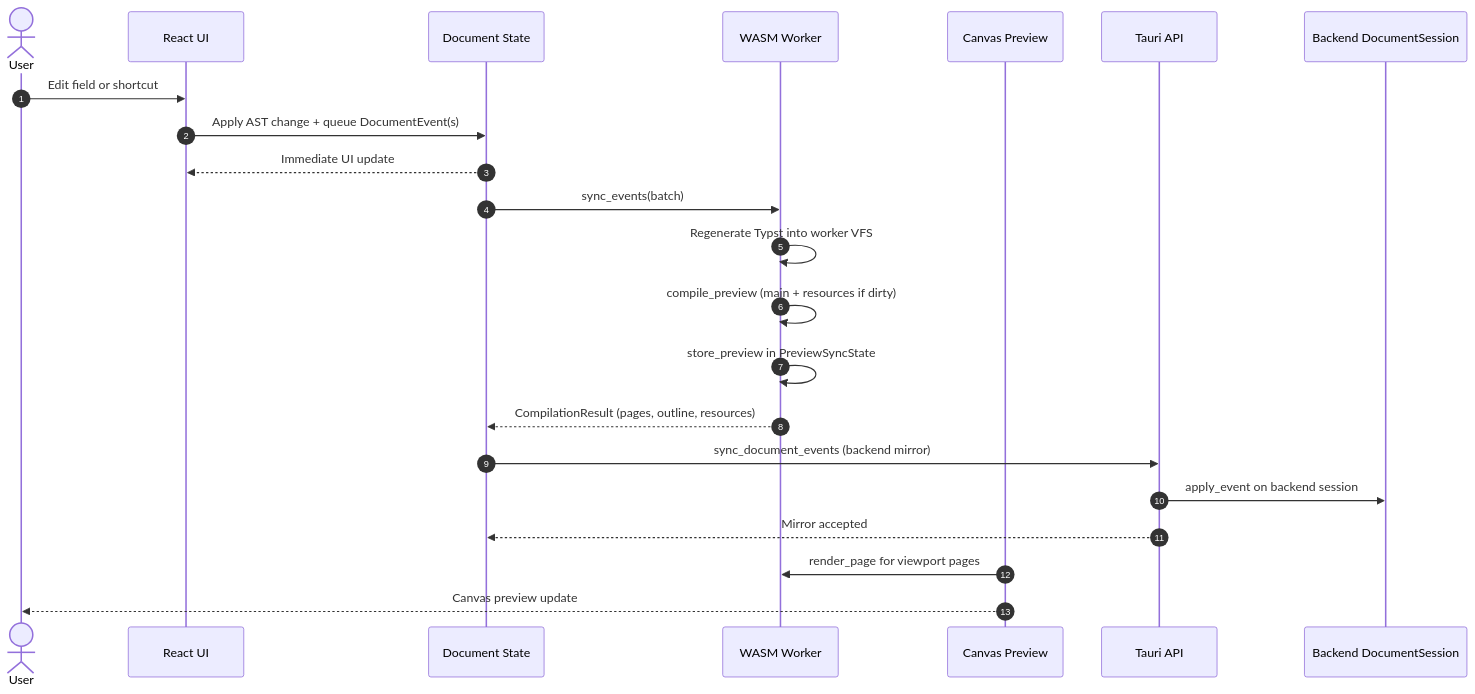
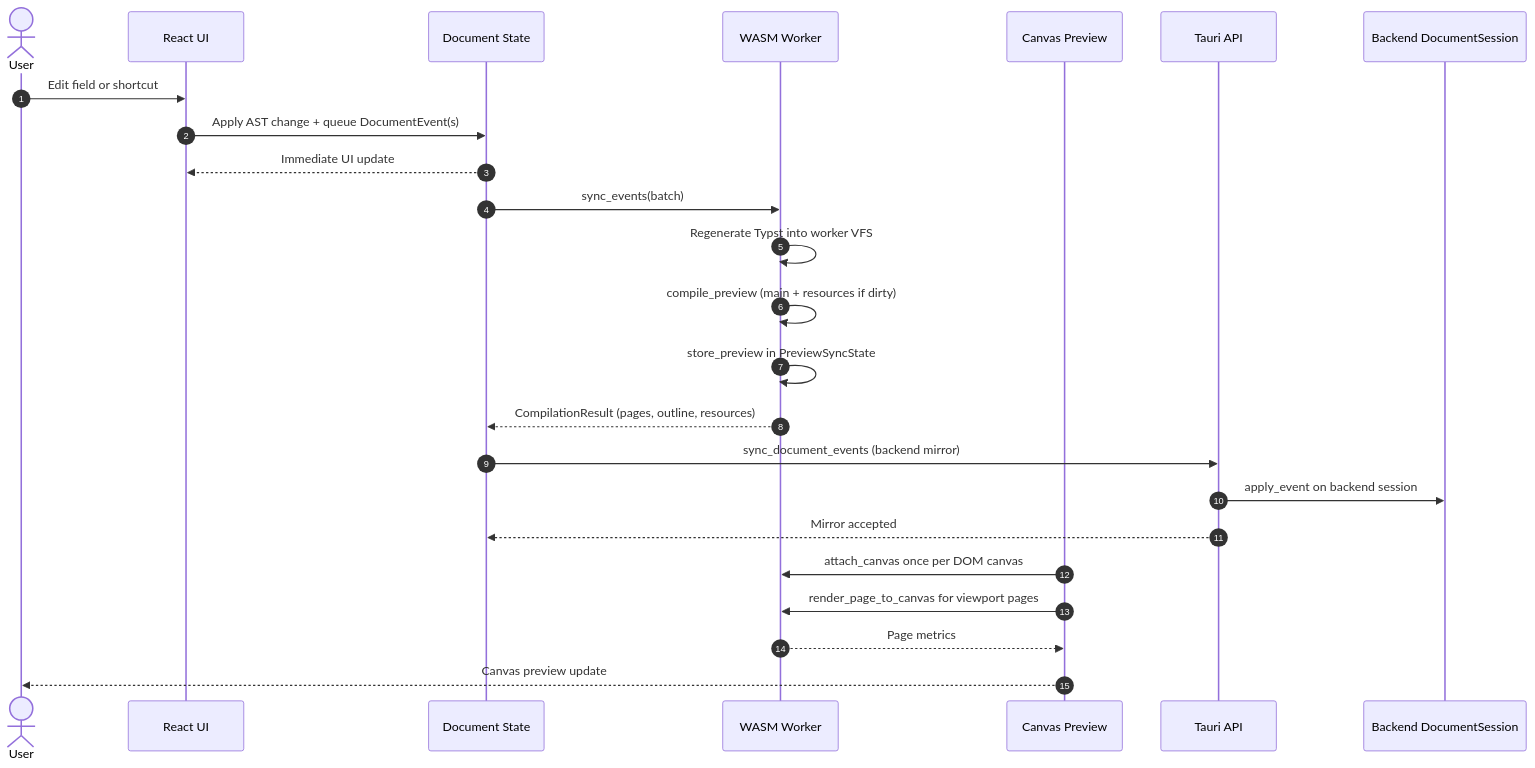
One commit to andmoreduro/ergo changed the first of 9 diagrams in context/sequence-diagrams.md. Above: the diagram before and after it, drawn with Mermaid. The commit also changed other lines of this file and 3 other files, not shown here.

Commit message:
Document worker-owned canvas rendering

````diff
--- a/context/sequence-diagrams.md
+++ b/context/sequence-diagrams.md
@@ -7,27 +7,29 @@
 ```mermaid
 sequenceDiagram
     autonumber
 
     actor User
     participant UI as React UI
     participant State as Document State
     participant Worker as WASM Worker
     participant Preview as Canvas Preview
     participant API as Tauri API
     participant Session as Backend DocumentSession
 
     User->>UI: Edit field or shortcut
     UI->>State: Apply AST change + queue DocumentEvent(s)
     State-->>UI: Immediate UI update
 
     State->>Worker: sync_events(batch)
     Worker->>Worker: Regenerate Typst into worker VFS
     Worker->>Worker: compile_preview (main + resources if dirty)
     Worker->>Worker: store_preview in PreviewSyncState
     Worker-->>State: CompilationResult (pages, outline, resources)
     State->>API: sync_document_events (backend mirror)
     API->>Session: apply_event on backend session
     API-->>State: Mirror accepted
-    Preview->>Worker: render_page for viewport pages
+    Preview->>Worker: attach_canvas once per DOM canvas
+    Preview->>Worker: render_page_to_canvas for viewport pages
+    Worker-->>Preview: Page metrics
     Preview-->>User: Canvas preview update
 ```
````
